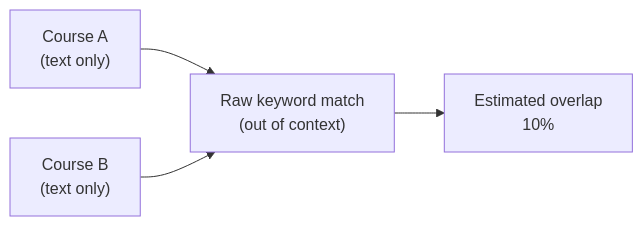
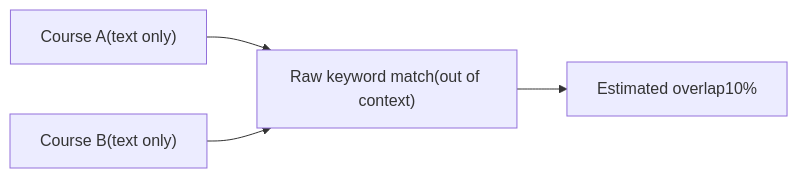
Before and after one commit to leskneebone/skills-SPARQL: the tenth of 18 diagrams in reports/creditTransfer.md, drawn with Mermaid. The commit also changed other lines of this file, not shown here.

````diff
--- a/reports/creditTransfer.md
+++ b/reports/creditTransfer.md
@@ -109,6 +109,6 @@
 ```mermaid
 flowchart LR
-  A["Course A\n(text only)"] --> M["Raw keyword match\n(out of context)"]
-  B["Course B\n(text only)"] --> M
-  M --> O["Estimated overlap\n10%"]
+  A["Course A(text only)"] --> M["Raw keyword match(out of context)"]
+  B["Course B(text only)"] --> M
+  M --> O["Estimated overlap10%"]
 ```
````
